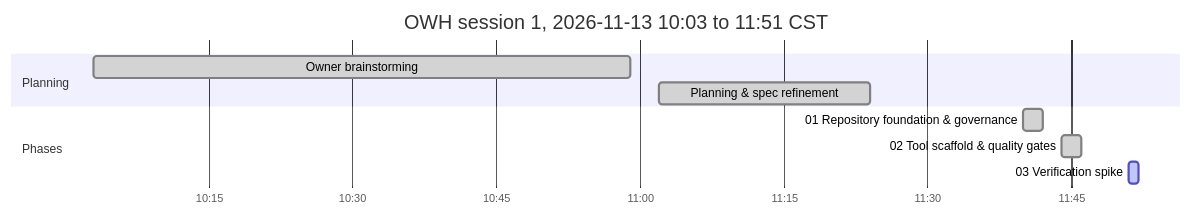
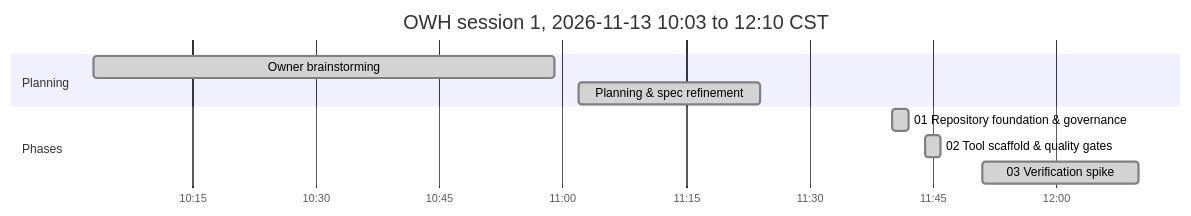
The diagram in OWH_IMPLEMENTATION_PLAN.md (antonizick/OpenWebUI), drawn with Mermaid before and after one commit. The commit also changed other lines of this file and 1 other file, not shown here.

Commit message:
docs(plan): refresh timeline

````diff
--- a/OWH_IMPLEMENTATION_PLAN.md
+++ b/OWH_IMPLEMENTATION_PLAN.md
@@ -48,13 +48,13 @@
 ```mermaid
 gantt
-    title OWH session 1, 2026-11-13 10:03 to 11:51 CST
+    title OWH session 1, 2026-11-13 10:03 to 12:10 CST
     dateFormat YYYY-MM-DD HH:mm
     axisFormat %H:%M
     section Planning
     Owner brainstorming :done, plan1, 2026-11-13 10:03, 2026-11-13 10:59
     Planning & spec refinement :done, p00, 2026-11-13 11:02, 2026-11-13 11:24
     section Phases
     01 Repository foundation & governance :done, p01s1, 2026-11-13 11:40, 2026-11-13 11:42
     02 Tool scaffold & quality gates :done, p02s1, 2026-11-13 11:44, 2026-11-13 11:46
-    03 Verification spike :active, p03s1, 2026-11-13 11:51, 2026-11-13 11:52
+    03 Verification spike :done, p03s1, 2026-11-13 11:51, 2026-11-13 12:10
 ```
````
